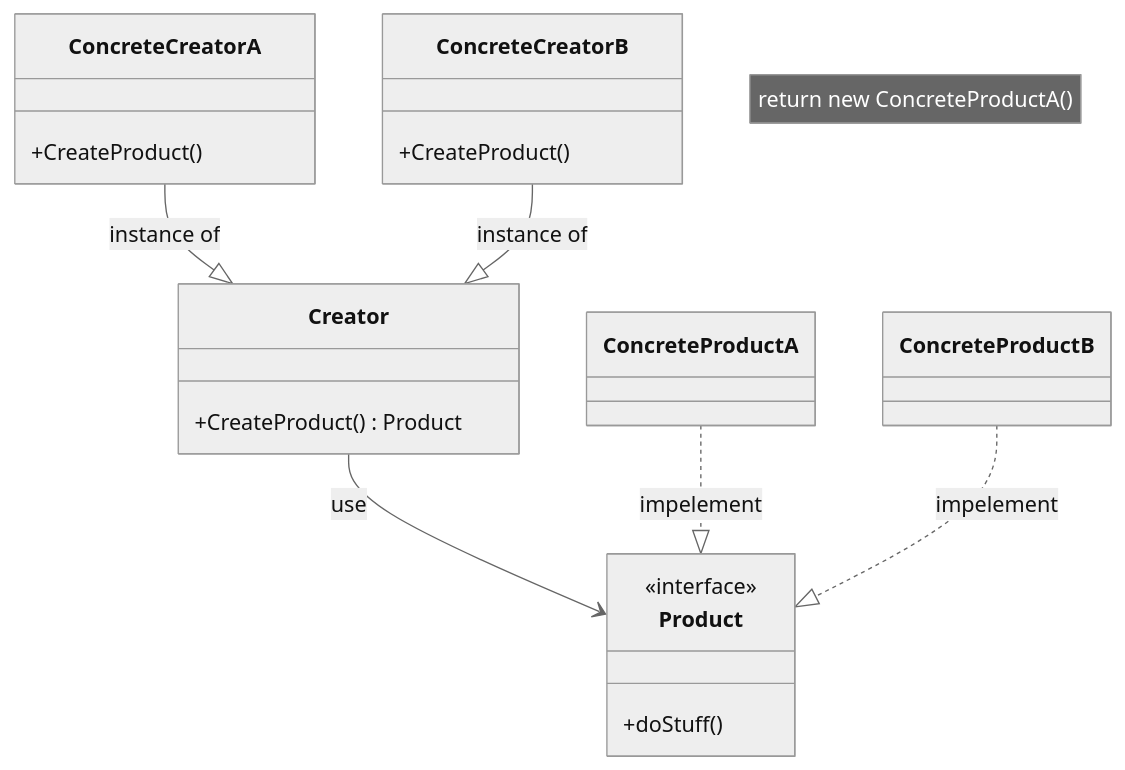
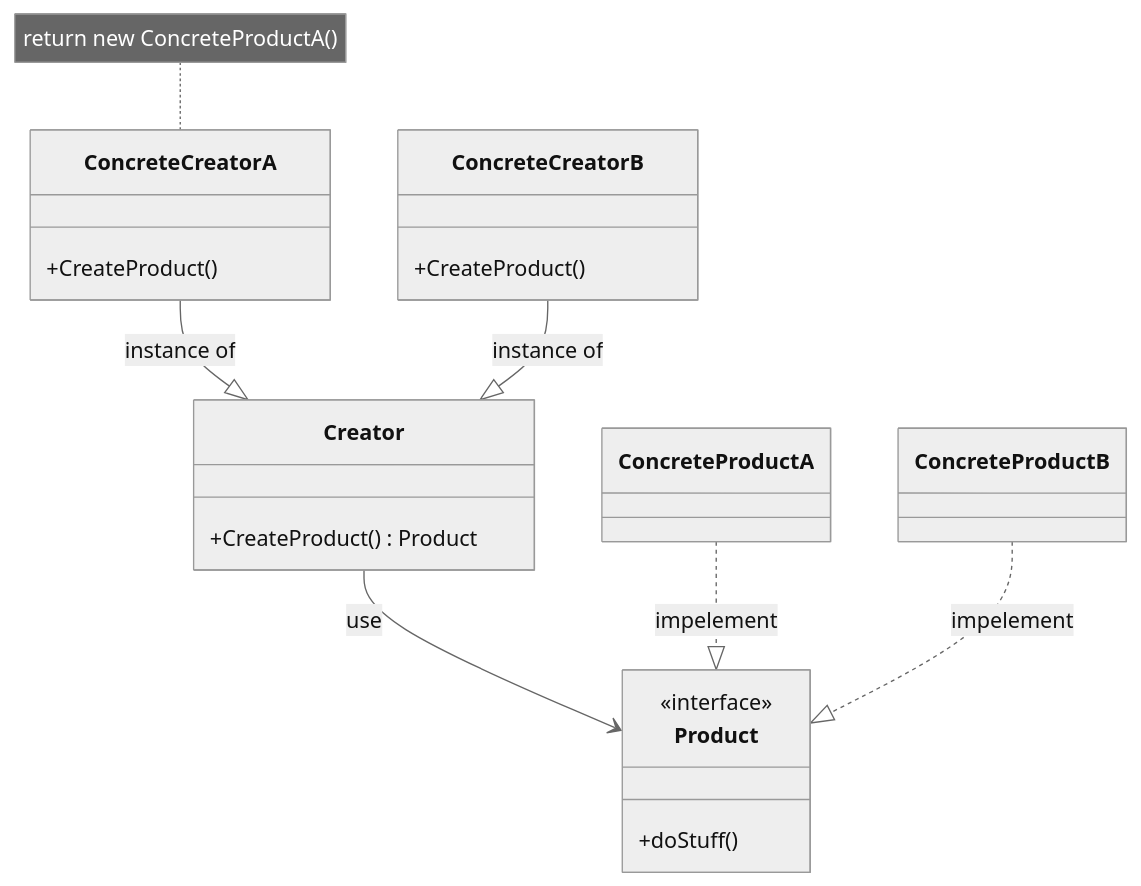
The diagram in readme.md (nahuelDev23/mermaid), drawn with Mermaid (neutral theme) before and after one commit.

````diff
--- a/readme.md
+++ b/readme.md
@@ -1,37 +1,37 @@
 ```mermaid
 ---
 title Factory Pattern
 ---
 classDiagram
  
  class Creator{
  +CreateProduct() Product
  }
  
   class Product{
   +doStuff()
  }
  <<interface>> Product
  
  Creator --> Product : use
  
  class ConcreteProductA 
  class ConcreteProductB 
  
  ConcreteProductA ..|> Product : impelement
  ConcreteProductB ..|> Product : impelement
  
  class ConcreteCreatorA{
  +CreateProduct()
  }
  
   class ConcreteCreatorB{
  +CreateProduct()
  }
  
- note "return new ConcreteProductA()"
+ note for ConcreteCreatorA "return new ConcreteProductA()"
  ConcreteCreatorA --|> Creator :instance of
  ConcreteCreatorB --|> Creator :instance of
 
  
 ```
````
